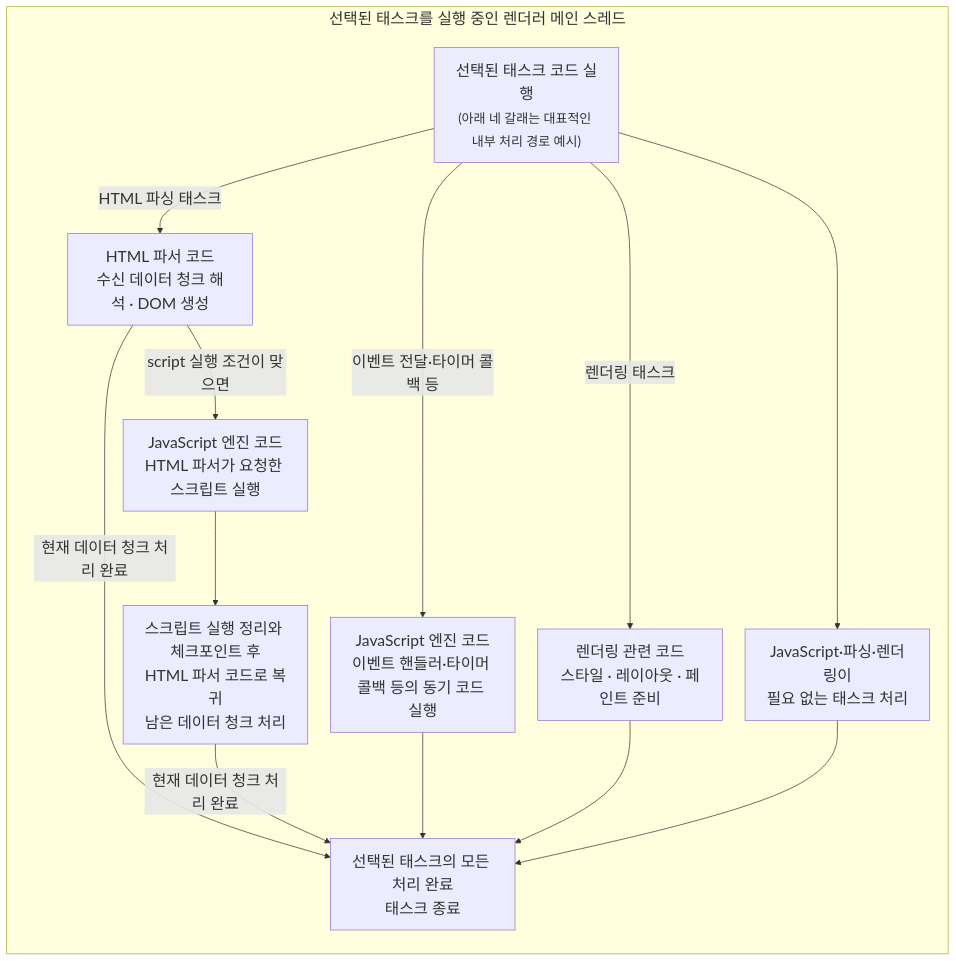
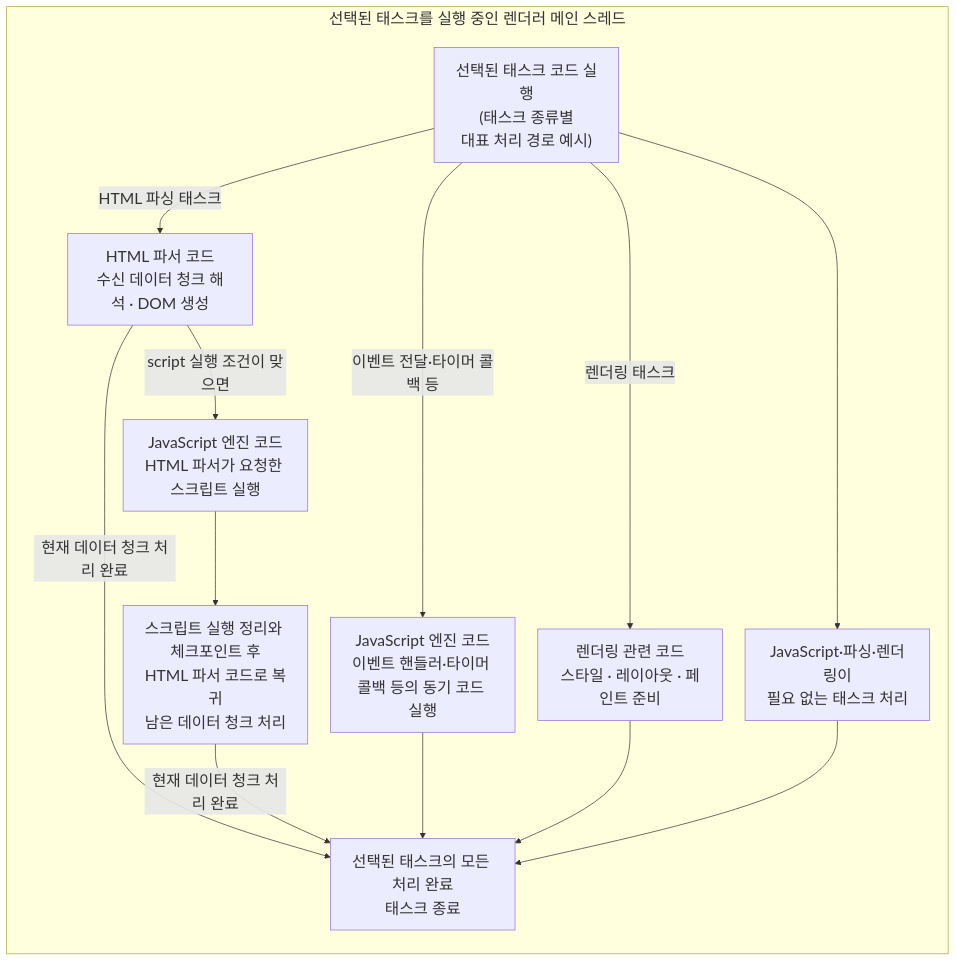
Before and after one commit to lee-gimoon/futures-paper-trading: the third of 3 diagrams in docs/frontend-study/06-main-thread-call-stack-and-event-loop.md, drawn with Mermaid.

Commit message:
docs: clarify selected task path examples

````diff
--- a/docs/frontend-study/06-main-thread-call-stack-and-event-loop.md
+++ b/docs/frontend-study/06-main-thread-call-stack-and-event-loop.md
@@ -108,27 +108,27 @@
 ```mermaid
 %%{init: {"themeVariables": {"fontSize": "22px"}, "flowchart": {"nodeSpacing": 32, "rankSpacing": 42, "subGraphTitleMargin": {"top": 0, "bottom": 24}}}}%%
 flowchart TB
   subgraph MAIN["선택된 태스크를 실행 중인 렌더러 메인 스레드"]
     direction TB
-    TASK["선택된 태스크 코드 실행<br/><small>(아래 네 갈래는 대표적인 내부 처리 경로 예시)</small>"]
+    TASK["선택된 태스크 코드 실행<br/>(태스크 종류별<br/>대표 처리 경로 예시)"]
     PARSER["HTML 파서 코드<br/>수신 데이터 청크 해석 · DOM 생성"]
     SCRIPT_JS["JavaScript 엔진 코드<br/>HTML 파서가 요청한 스크립트 실행"]
     PARSER_RESUME["스크립트 실행 정리와 체크포인트 후<br/>HTML 파서 코드로 복귀<br/>남은 데이터 청크 처리"]
     TASK_JS["JavaScript 엔진 코드<br/>이벤트 핸들러·타이머 콜백 등의 동기 코드 실행"]
     RENDER_CODE["렌더링 관련 코드<br/>스타일 · 레이아웃 · 페인트 준비"]
     OTHER["JavaScript·파싱·렌더링이<br/>필요 없는 태스크 처리"]
     TASK_DONE["선택된 태스크의 모든 처리 완료<br/>태스크 종료"]
 
     TASK -->|"HTML 파싱 태스크"| PARSER
     PARSER -->|"script 실행 조건이 맞으면"| SCRIPT_JS
     PARSER -->|"현재 데이터 청크 처리 완료"| TASK_DONE
     SCRIPT_JS --> PARSER_RESUME
     PARSER_RESUME -->|"현재 데이터 청크 처리 완료"| TASK_DONE
     TASK -->|"이벤트 전달·타이머 콜백 등"| TASK_JS
     TASK_JS --> TASK_DONE
     TASK -->|"렌더링 태스크"| RENDER_CODE
     RENDER_CODE --> TASK_DONE
     TASK --> OTHER
     OTHER --> TASK_DONE
   end
 ```
````
